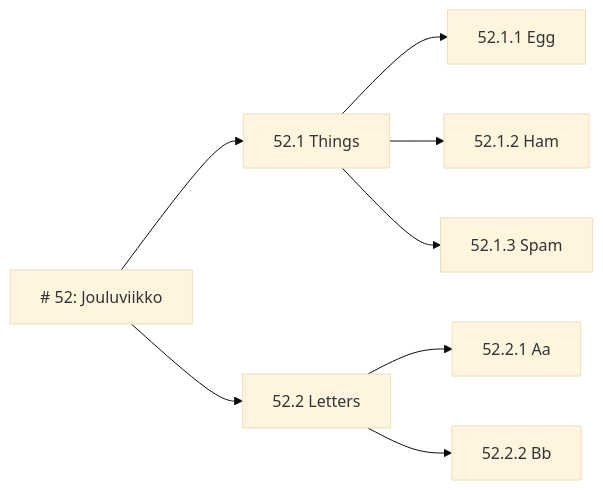
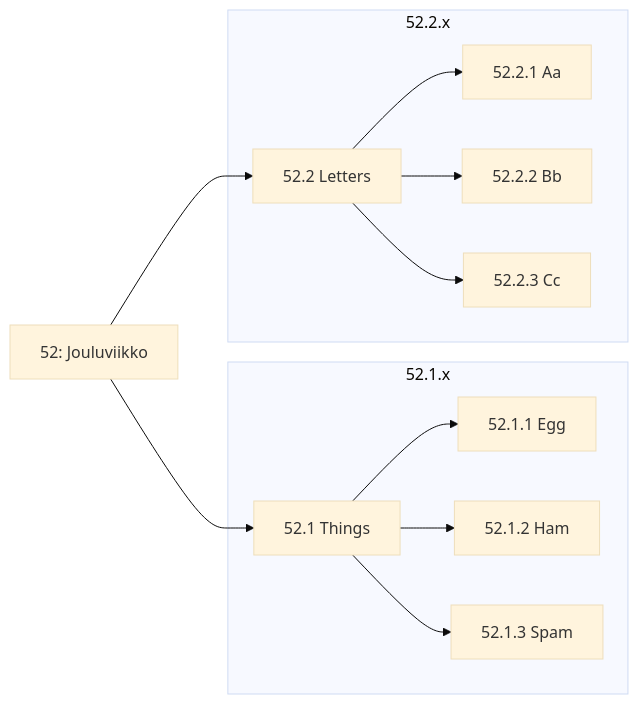
The first of 2 diagrams in docs/weeks/01_rakenne.md (sourander/oat), drawn with Mermaid (base theme) before and after one commit. The commit also changed other lines of this file and 5 other files, not shown here.

````diff
--- a/docs/weeks/01_rakenne.md
+++ b/docs/weeks/01_rakenne.md
@@ -15,10 +27,22 @@
 ```mermaid
 graph LR
-    A[# 52: Jouluviikko] --> B[52.1 Things]
-    B --> C[52.1.1 Egg]
-    B --> D[52.1.2 Ham]
-    B --> E[52.1.3 Spam]
-    A --> F[52.2 Letters]
-    F --> G[52.2.1 Aa]
-    F --> H[52.2.2 Bb]
+    A[52: Jouluviikko]
+    A --> B
+    A --> C
+
+    subgraph 52.1.x
+        B[52.1 Things]
+        B --> D[52.1.1 Egg]
+        B --> E[52.1.2 Ham]
+        B --> F[52.1.3 Spam]
+    end
+
+    subgraph 52.2.x
+        C[52.2 Letters]
+        C --> G[52.2.1 Aa]
+        C --> H[52.2.2 Bb]
+        C --> I[52.2.3 Cc]
+    end
+
+
 ```
````
